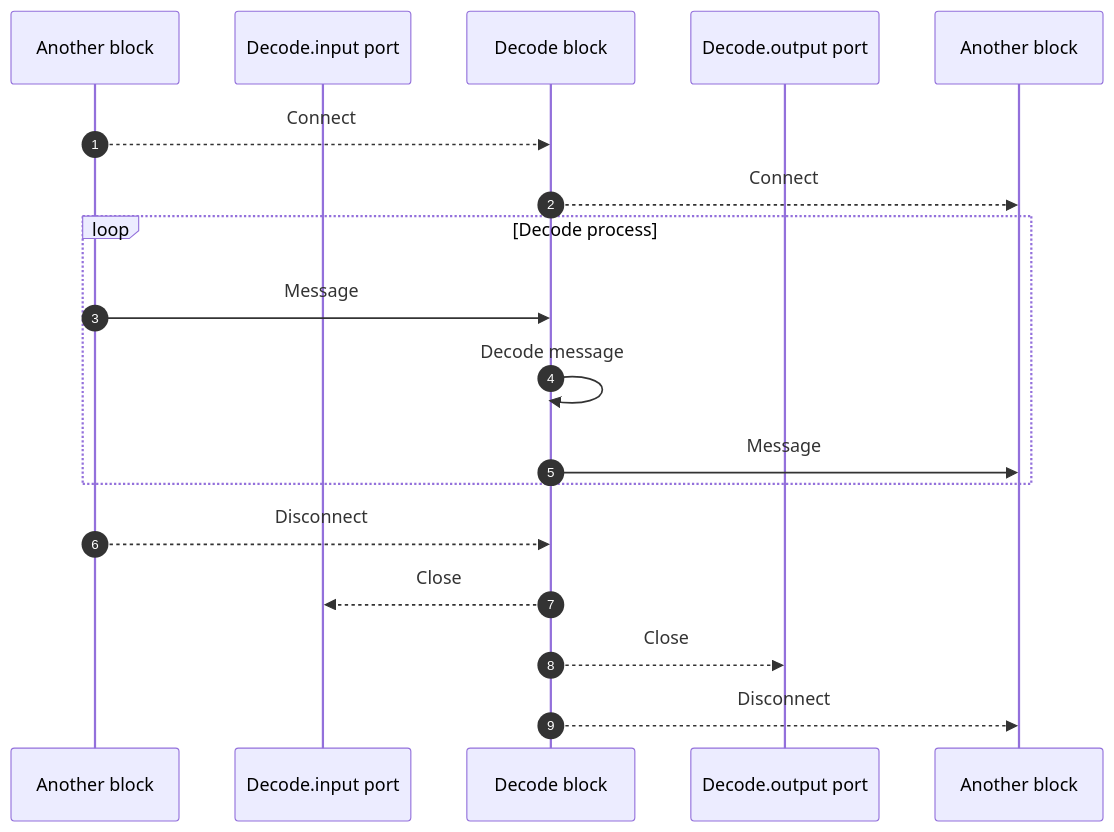
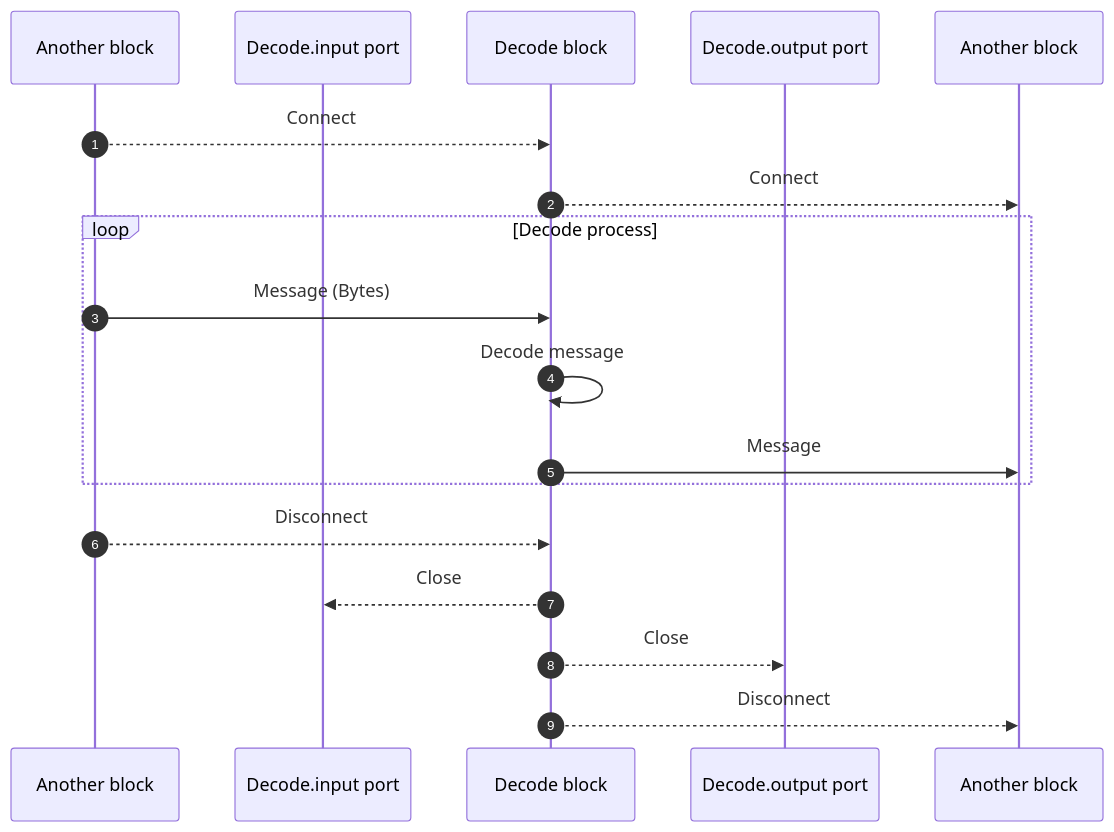
The diagram in lib/protoflow-blocks/doc/io/decode.seq.mmd (AsimovPlatform/protoflow), drawn with Mermaid before and after one commit. The commit also changed 12 other files, not shown here.

```diff
--- a/lib/protoflow-blocks/doc/io/decode.seq.mmd
+++ b/lib/protoflow-blocks/doc/io/decode.seq.mmd
@@ -1,21 +1,21 @@
 sequenceDiagram
     autonumber
     participant BlockA as Another block
     participant Decode.input as Decode.input port
     participant Decode as Decode block
     participant Decode.output as Decode.output port
     participant BlockB as Another block
 
     BlockA-->>Decode: Connect
     Decode-->>BlockB: Connect
 
     loop Decode process
-        BlockA->>Decode: Message
+        BlockA->>Decode: Message (Bytes)
         Decode->>Decode: Decode message
         Decode->>BlockB: Message
     end
 
     BlockA-->>Decode: Disconnect
     Decode-->>Decode.input: Close
     Decode-->>Decode.output: Close
     Decode-->>BlockB: Disconnect
```
